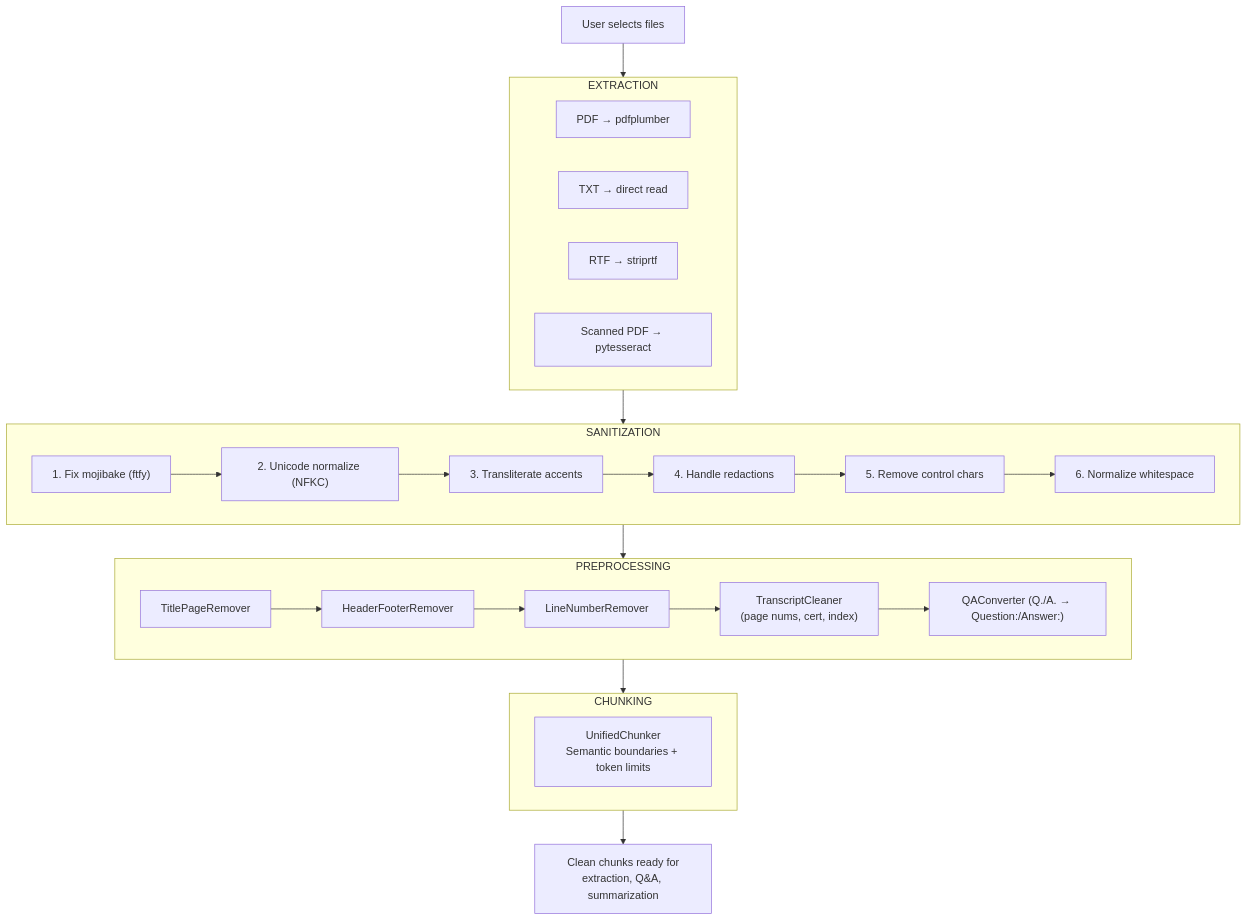
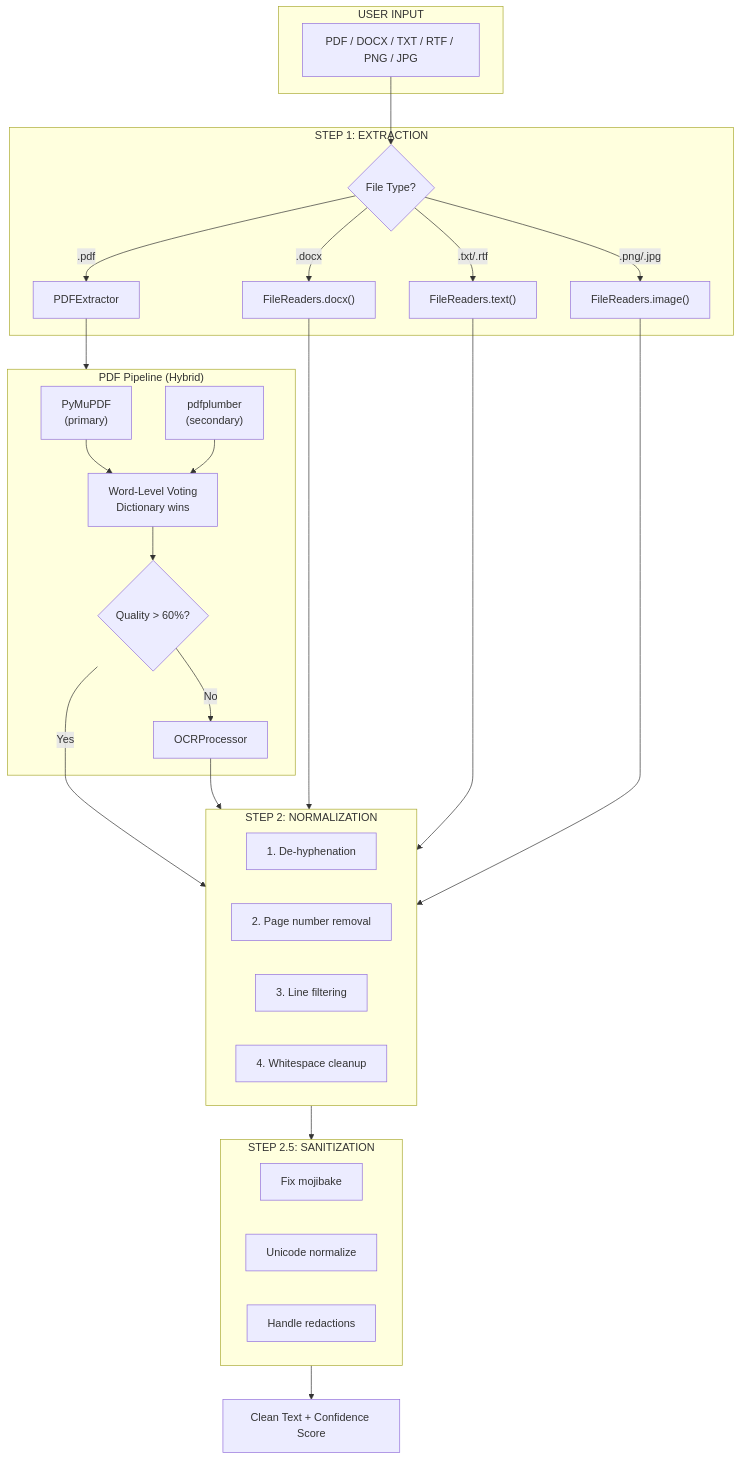
Before and after one commit to caseprepd-app/CaseSummarizer: the third of 9 diagrams in ARCHITECTURE.md, drawn with Mermaid. The commit also changed other lines of this file and 137 other files, not shown here.

````diff
--- a/ARCHITECTURE.md
+++ b/ARCHITECTURE.md
@@ -302,42 +303,58 @@
 ```mermaid
 flowchart TB
-    Input["User selects files"]
-
-    subgraph Stage1["EXTRACTION"]
-        PDF["PDF → pdfplumber"]
-        TXT["TXT → direct read"]
-        RTF["RTF → striprtf"]
-        OCR["Scanned PDF → pytesseract"]
+    subgraph Input["USER INPUT"]
+        Files["PDF / DOCX / TXT / RTF / PNG / JPG"]
     end
 
-    subgraph Stage2["SANITIZATION"]
-        S1["1. Fix mojibake (ftfy)"]
-        S2["2. Unicode normalize (NFKC)"]
-        S3["3. Transliterate accents"]
-        S4["4. Handle redactions"]
-        S5["5. Remove control chars"]
-        S6["6. Normalize whitespace"]
+    subgraph Extract["STEP 1: EXTRACTION"]
+        FileType{File Type?}
+        PDF["PDFExtractor"]
+        DOCX["FileReaders.docx()"]
+        TXT["FileReaders.text()"]
+        IMG["FileReaders.image()"]
     end
 
-    subgraph Stage3["PREPROCESSING"]
-        P1["TitlePageRemover"]
-        P2["HeaderFooterRemover"]
-        P3["LineNumberRemover"]
-        P4["TranscriptCleaner<br/>(page nums, cert, index)"]
-        P5["QAConverter (Q./A. → Question:/Answer:)"]
+    subgraph PDFPipeline["PDF Pipeline (Hybrid)"]
+        PyMuPDF["PyMuPDF<br/>(primary)"]
+        Pdfplumber["pdfplumber<br/>(secondary)"]
+        Vote["Word-Level Voting<br/>Dictionary wins"]
+        Quality{Quality > 60%?}
+        OCR["OCRProcessor"]
     end
 
-    subgraph Stage4["CHUNKING"]
-        Chunker["UnifiedChunker<br/>Semantic boundaries + token limits"]
+    subgraph Normalize["STEP 2: NORMALIZATION"]
+        Dehyphen["1. De-hyphenation"]
+        PageNum["2. Page number removal"]
+        Filter["3. Line filtering"]
+        Whitespace["4. Whitespace cleanup"]
     end
 
-    Output["Clean chunks ready for<br/>extraction, Q&A, summarization"]
+    subgraph Sanitize["STEP 2.5: SANITIZATION"]
+        Mojibake["Fix mojibake"]
+        Unicode["Unicode normalize"]
+        Redact["Handle redactions"]
+    end
 
-    Input --> Stage1
-    Stage1 --> Stage2
-    S1 --> S2 --> S3 --> S4 --> S5 --> S6
-    Stage2 --> Stage3
-    P1 --> P2 --> P3 --> P4 --> P5
-    Stage3 --> Stage4
-    Stage4 --> Output
+    Output["Clean Text + Confidence Score"]
+
+    Files --> FileType
+    FileType -->|.pdf| PDF
+    FileType -->|.docx| DOCX
+    FileType -->|.txt/.rtf| TXT
+    FileType -->|.png/.jpg| IMG
+
+    PDF --> PDFPipeline
+    PyMuPDF --> Vote
+    Pdfplumber --> Vote
+    Vote --> Quality
+    Quality -->|Yes| Normalize
+    Quality -->|No| OCR
+    OCR --> Normalize
+
+    DOCX --> Normalize
+    TXT --> Normalize
+    IMG --> Normalize
+
+    Normalize --> Sanitize
+    Sanitize --> Output
 ```
````
